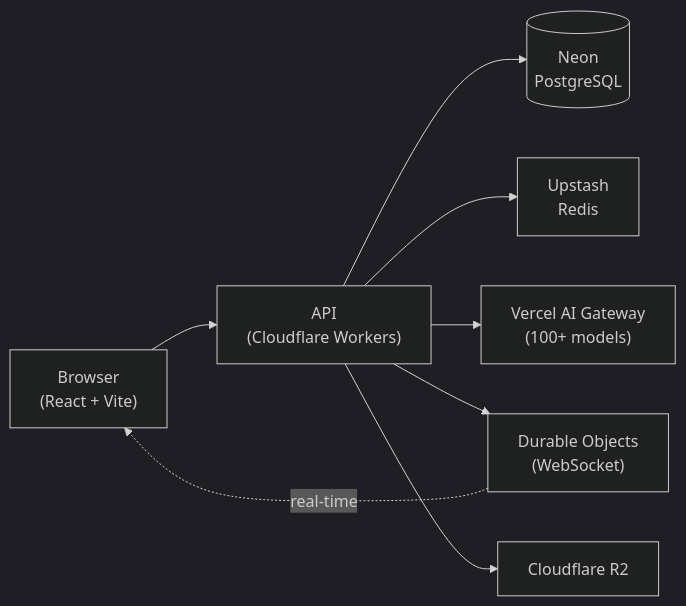
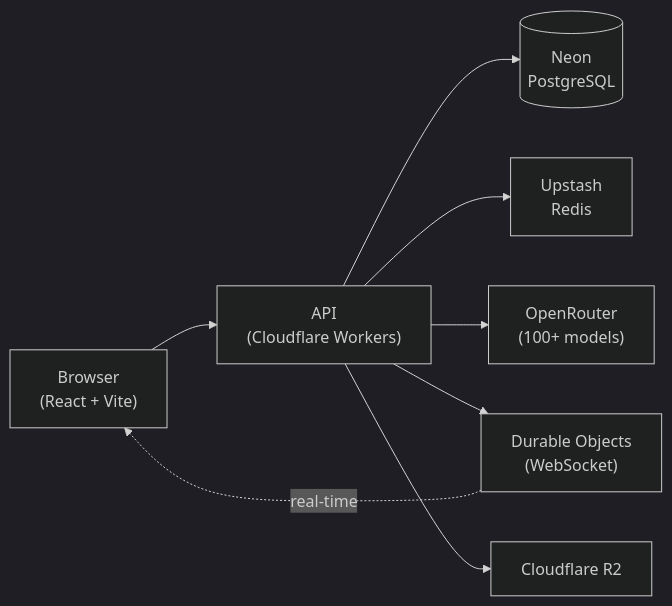
The diagram in README.md (LOME-AI/LOME-CHAT), drawn with Mermaid (dark theme) before and after one commit. The commit also changed 21 other files, not shown here.

````diff
--- a/README.md
+++ b/README.md
@@ -161,18 +161,18 @@
 ```mermaid
 flowchart LR
     Browser["Browser\n(React + Vite)"]
     API["API\n(Cloudflare Workers)"]
     DB[("Neon\nPostgreSQL")]
     Cache["Upstash\nRedis"]
-    AG["Vercel AI Gateway\n(100+ models)"]
+    AG["OpenRouter\n(100+ models)"]
     DO["Durable Objects\n(WebSocket)"]
     R2["Cloudflare R2"]
 
     Browser --> API
     API --> DB
     API --> Cache
     API --> AG
     API --> DO
     API --> R2
     DO -.->|real-time| Browser
 ```
````
